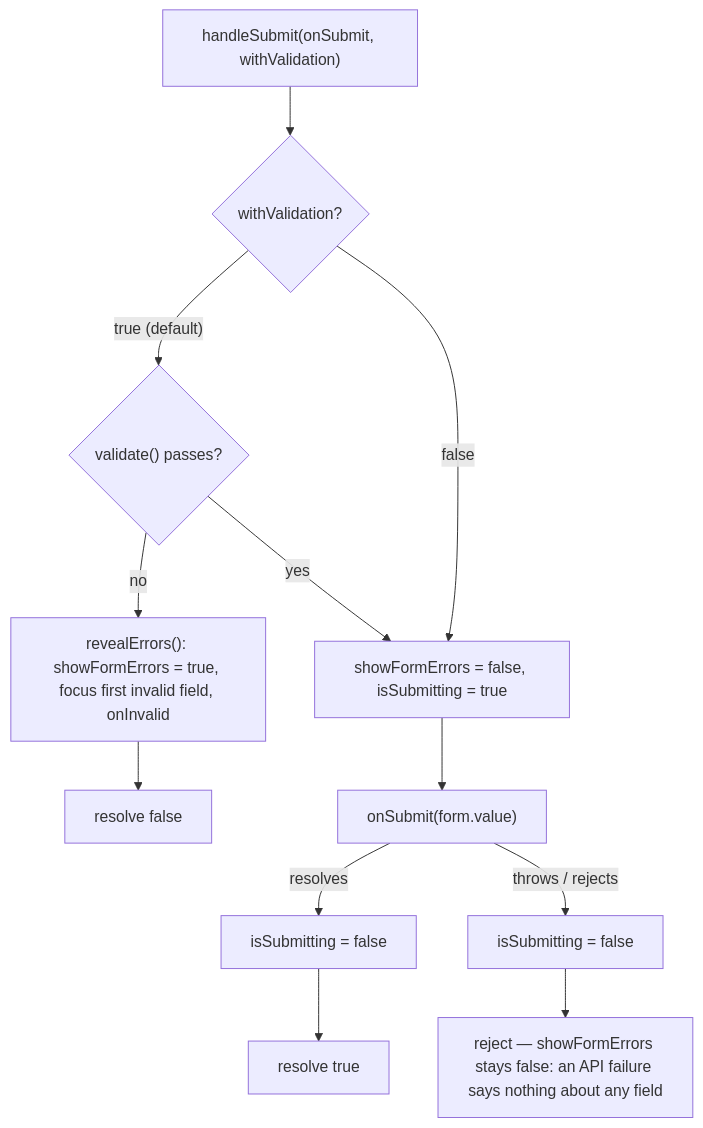
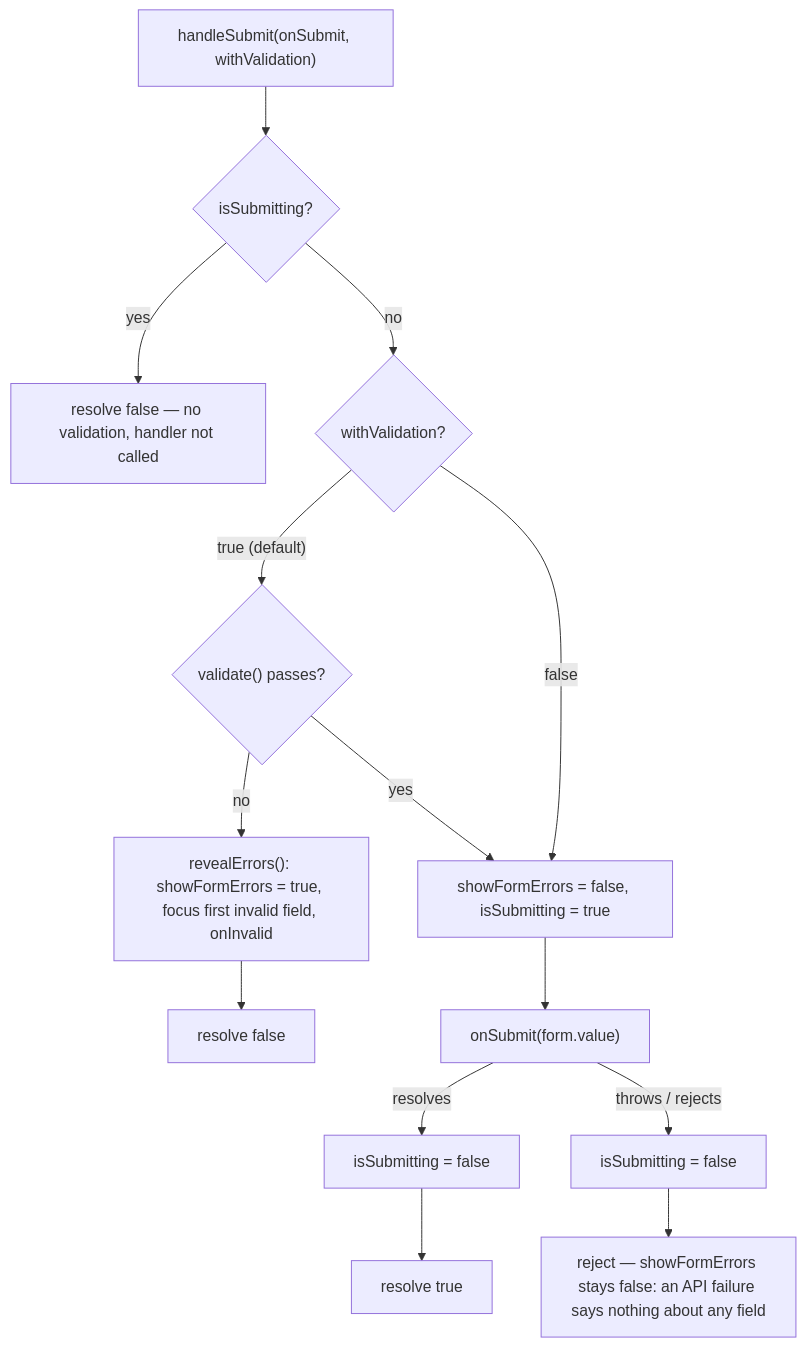
The second of 2 diagrams in docs/composables/structure-form-validation.md (Guebbit/vue-toolkit), drawn with Mermaid before and after one commit. The commit also changed other lines of this file and 22 other files, not shown here.

````diff
--- a/docs/composables/structure-form-validation.md
+++ b/docs/composables/structure-form-validation.md
@@ -222,14 +223,16 @@
 ```mermaid
 flowchart TD
-    A["handleSubmit(onSubmit, withValidation)"] --> B{"withValidation?"}
+    A["handleSubmit(onSubmit, withValidation)"] --> S{"isSubmitting?"}
+    S -- "yes" --> R0["resolve false — no validation, handler not called"]
+    S -- "no" --> B{"withValidation?"}
     B -- "false" --> D
     B -- "true (default)" --> C{"validate() passes?"}
     C -- "no" --> RE["revealErrors(): showFormErrors = true, focus first invalid field, onInvalid"]
     RE --> R1["resolve false"]
     C -- "yes" --> D["showFormErrors = false, isSubmitting = true"]
     D --> E["onSubmit(form.value)"]
     E -- "resolves" --> F["isSubmitting = false"]
     F --> R2["resolve true"]
     E -- "throws / rejects" --> G["isSubmitting = false"]
     G --> R3["reject — showFormErrors stays false: an API failure says nothing about any field"]
 ```
````
